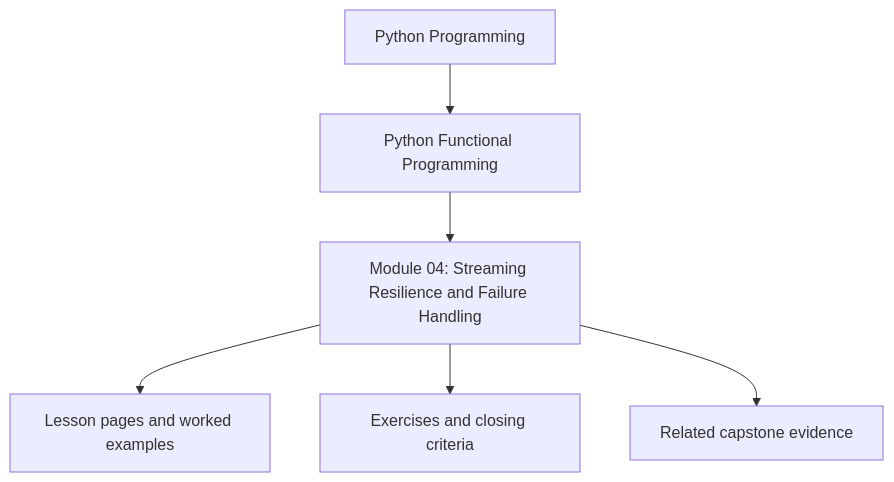
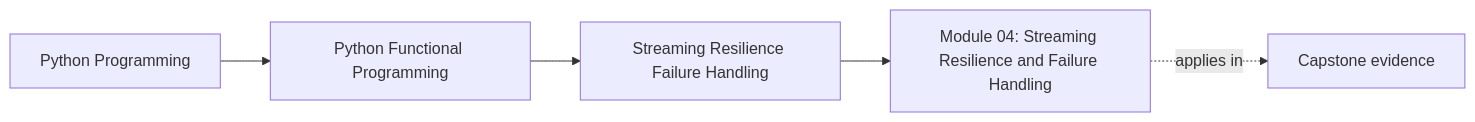
One commit to bijux/bijux-masterclass changed the first of 2 diagrams in programs/python-programming/python-functional-programming/course-book/module-04-streaming-resilience-failure-handling/index.md. Above: the diagram before and after it, drawn with Mermaid. The commit also changed other lines of this file and 73 other files, not shown here.

Commit message:
docs(python-functional-programming): map orientation through streaming foundations

````diff
--- a/programs/python-programming/python-functional-programming/course-book/module-04-streaming-resilience-failure-handling/index.md
+++ b/programs/python-programming/python-functional-programming/course-book/module-04-streaming-resilience-failure-handling/index.md
@@ -7,8 +7,11 @@
 ```mermaid
-flowchart TD
-  family["Python Programming"] --> program["Python Functional Programming"]
-  program --> module["Module 04: Streaming Resilience and Failure Handling"]
-  module --> lessons["Lesson pages and worked examples"]
-  module --> checkpoints["Exercises and closing criteria"]
-  module --> capstone["Related capstone evidence"]
+graph LR
+  family["Python Programming"]
+  program["Python Functional Programming"]
+  section["Streaming Resilience Failure Handling"]
+  page["Module 04: Streaming Resilience and Failure Handling"]
+  capstone["Capstone evidence"]
+
+  family --> program --> section --> page
+  page -.applies in.-> capstone
 ```
````
